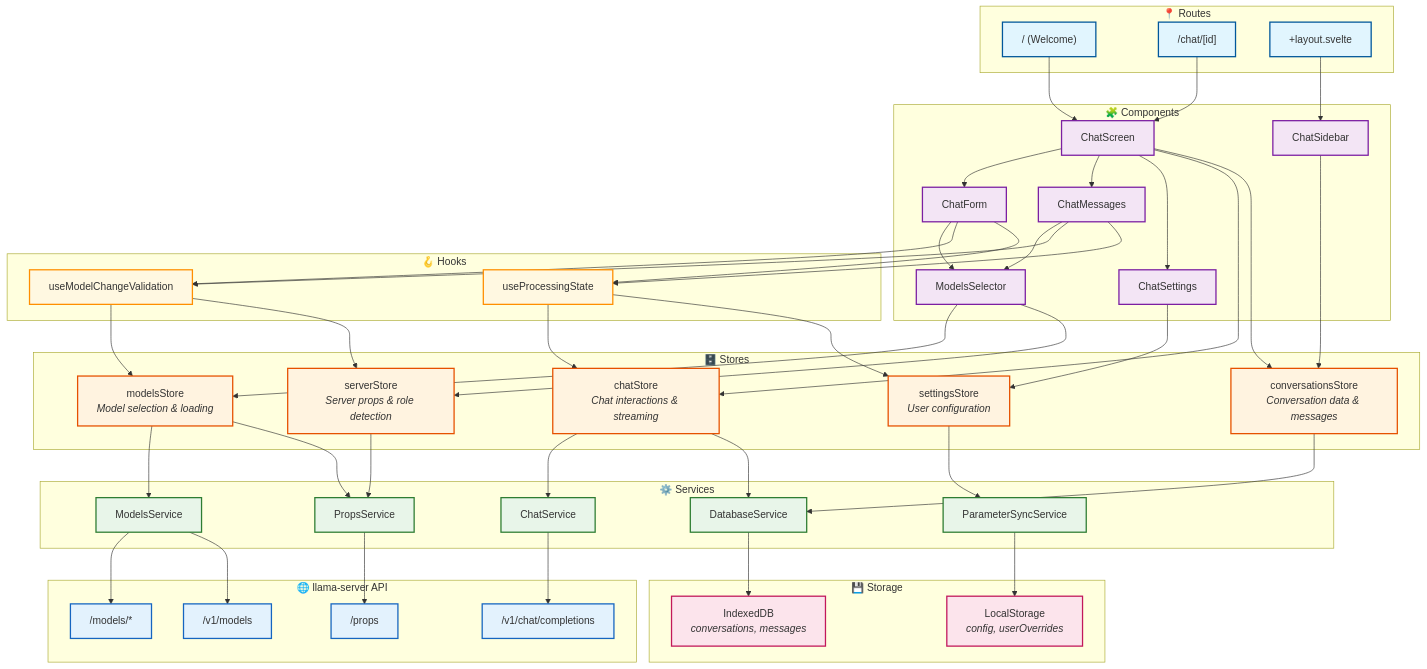
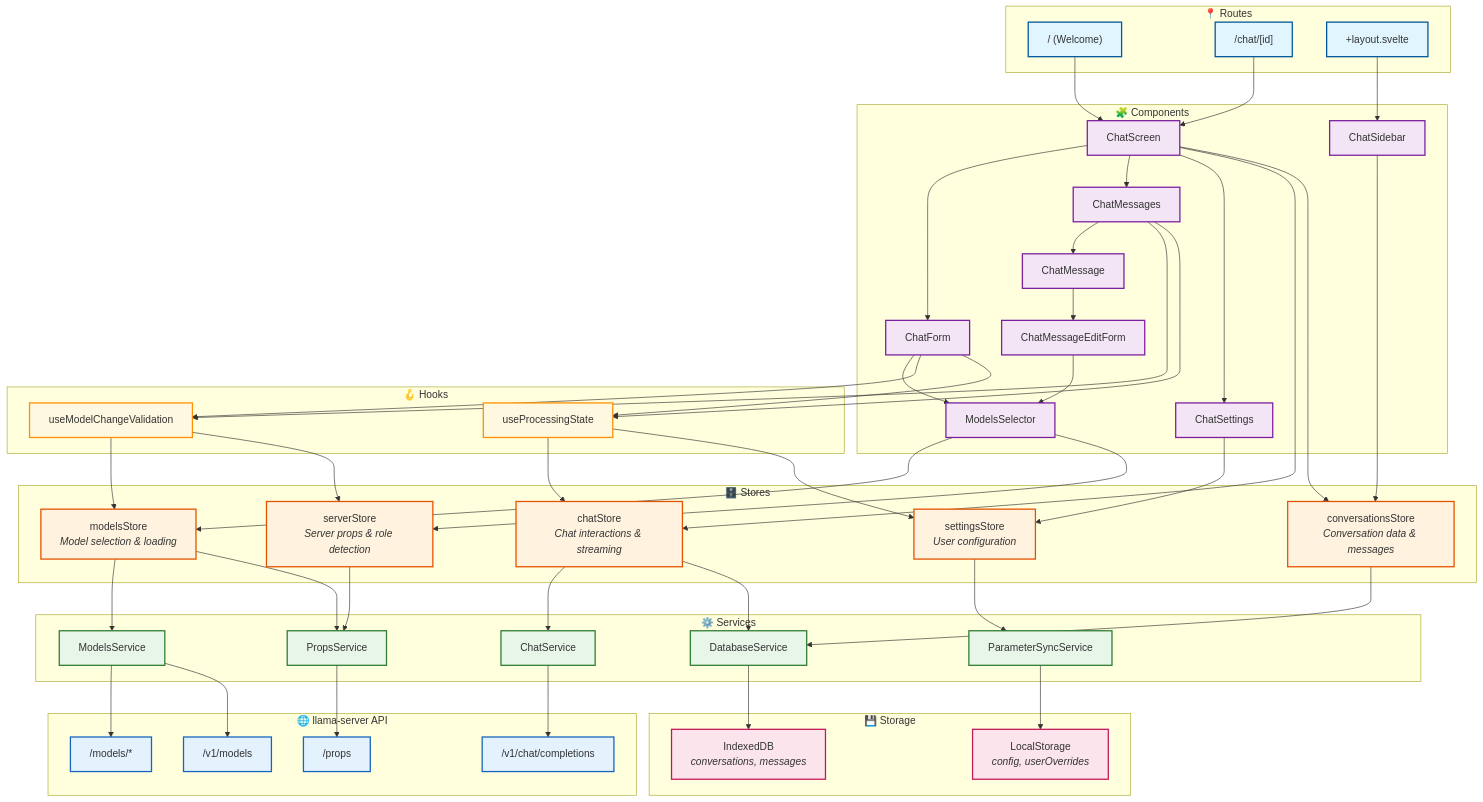
Before and after one commit to drdotdot/llama.cpp-turbo3-tq3: the diagram in tools/server/webui/docs/architecture/high-level-architecture-simplified.md, drawn with Mermaid. The commit also changed 13 other files, not shown here.

```diff
--- a/tools/server/webui/docs/architecture/high-level-architecture-simplified.md
+++ b/tools/server/webui/docs/architecture/high-level-architecture-simplified.md
@@ -11,6 +11,8 @@
         C_Screen["ChatScreen"]
         C_Form["ChatForm"]
         C_Messages["ChatMessages"]
+        C_Message["ChatMessage"]
+        C_MessageEditForm["ChatMessageEditForm"]
         C_ModelsSelector["ModelsSelector"]
         C_Settings["ChatSettings"]
     end
@@ -54,7 +56,9 @@
 
     %% Component hierarchy
     C_Screen --> C_Form & C_Messages & C_Settings
-    C_Form & C_Messages --> C_ModelsSelector
+    C_Messages --> C_Message
+    C_Message --> C_MessageEditForm
+    C_Form & C_MessageEditForm --> C_ModelsSelector
 
     %% Components → Hooks → Stores
     C_Form & C_Messages --> H1 & H2
@@ -93,7 +97,7 @@
     classDef apiStyle fill:#e3f2fd,stroke:#1565c0,stroke-width:2px
 
     class R1,R2,RL routeStyle
-    class C_Sidebar,C_Screen,C_Form,C_Messages,C_ModelsSelector,C_Settings componentStyle
+    class C_Sidebar,C_Screen,C_Form,C_Messages,C_Message,C_MessageEditForm,C_ModelsSelector,C_Settings componentStyle
     class H1,H2 hookStyle
     class S1,S2,S3,S4,S5 storeStyle
     class SV1,SV2,SV3,SV4,SV5 serviceStyle
```
